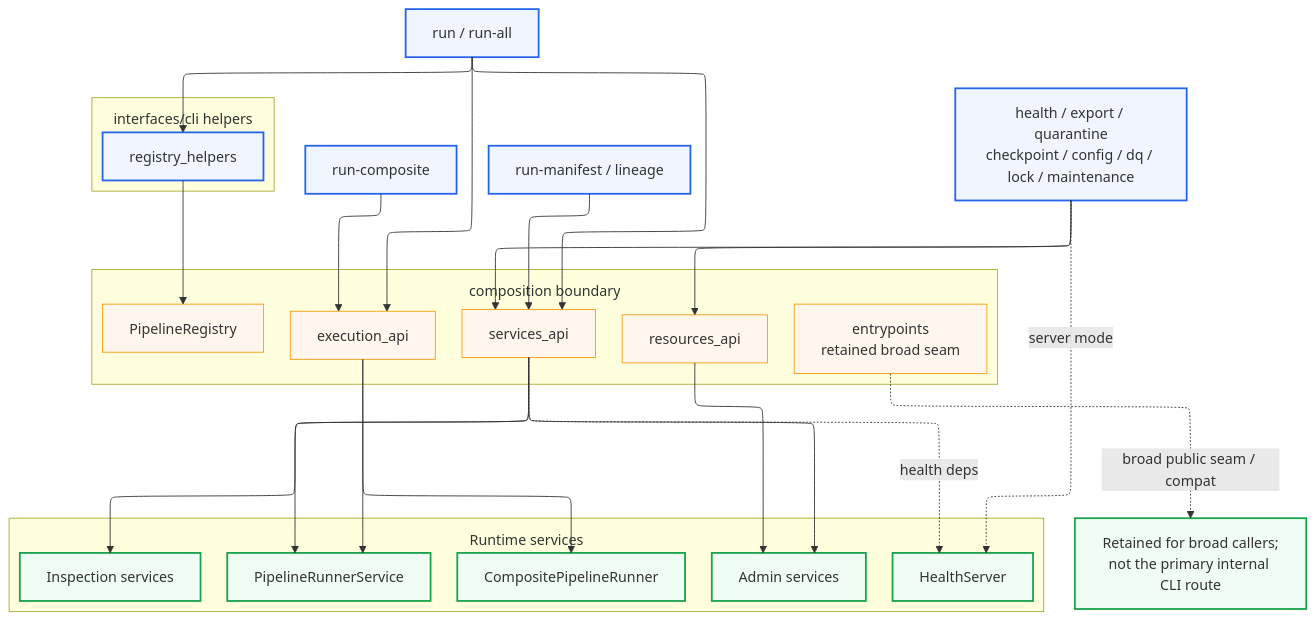
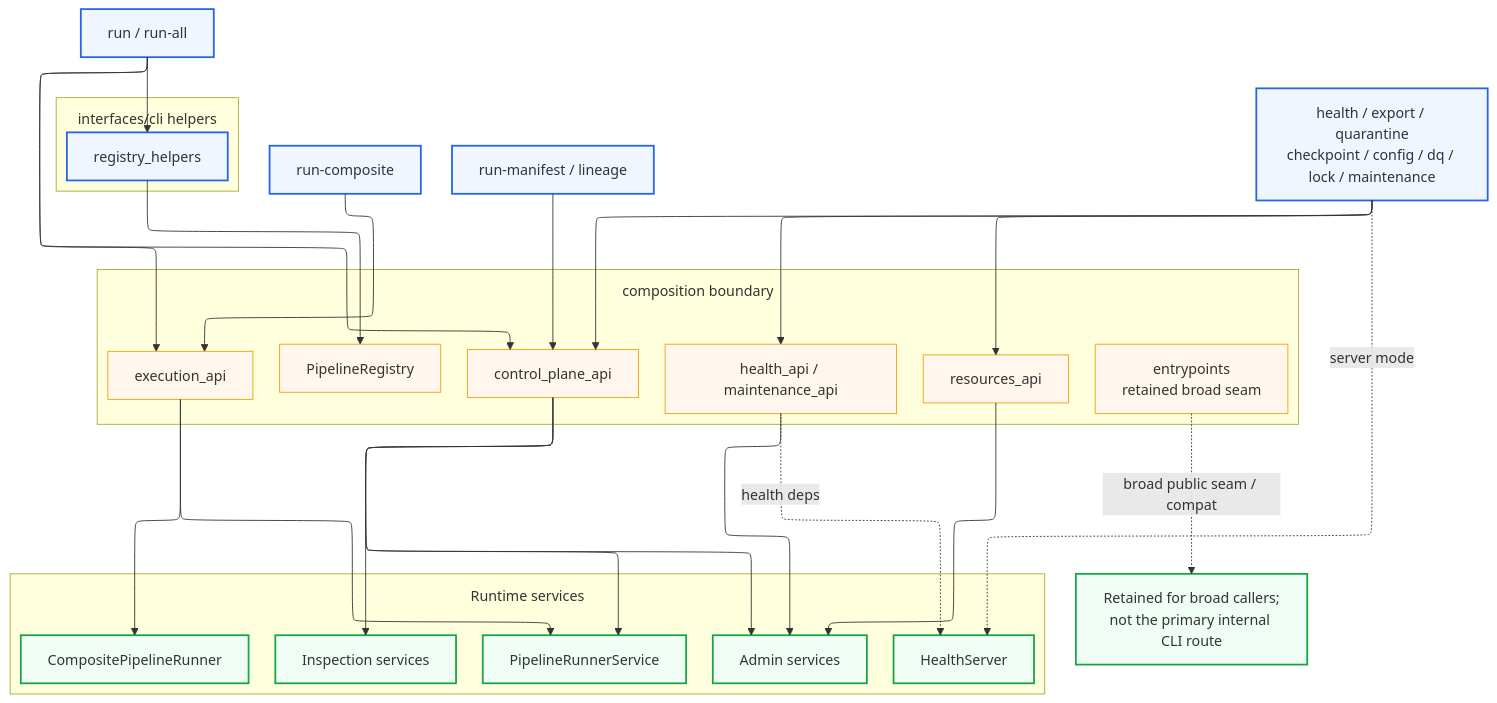
The diagram in docs/02-architecture/diagrams/architecture/14b-cli-routing.mmd (SatoryKono/BioactivityDataAcquisition), drawn with Mermaid before and after one commit. The commit also changed 92 other files, not shown here.

First line of the commit message:
Update architecture docs, diagrams, and governance

```diff
--- a/docs/02-architecture/diagrams/architecture/14b-cli-routing.mmd
+++ b/docs/02-architecture/diagrams/architecture/14b-cli-routing.mmd
@@ -1,65 +1,67 @@
 %% BioETL — CLI: Routing to Composition Boundary
 %% Shows how command families route through registry helpers and narrow composition APIs, while entrypoints remains a retained broad seam.
 
 %% @version 1.3.0
 %% @date    2026-03-28
 %% @type    flowchart
 %% @level   System / Component
 %% @view    cli-routing
 %% @parent  14-cli-interface-layer.mmd
 %% @nodes   15
 %%{init: {
   'flowchart': {
     'subGraphTitleMargin': { 'top': 12, 'bottom': 12 }
   },
   'layout': 'elk',
   'elk': {
     'mergeEdges': true,
     'nodePlacementStrategy': 'BRANDES_KOEPF',
     'edgeRouting': 'ORTHOGONAL'
   }
 }}%%
 graph TB
     RUN["run / run-all"]:::size-sm
     RC["run-composite"]:::size-sm
     INS["run-manifest / lineage"]:::size-sm
     OPS["health / export / quarantine<br/>checkpoint / config / dq / lock / maintenance"]:::size-md
 
     subgraph Interfaces["interfaces/cli helpers"]
         REG["registry_helpers"]:::size-sm
     end
 
     subgraph Composition["composition boundary"]
         EXEC["execution_api"]:::size-sm
-        SVC["services_api"]:::size-sm
+        CTRL["control_plane_api"]:::size-sm
+        HEALTH["health_api / maintenance_api"]:::size-sm
         RES["resources_api"]:::size-sm
         ENTRY["entrypoints<br/>retained broad seam"]:::size-sm
         PIPE["PipelineRegistry"]:::size-sm
     end
 
     subgraph Runtime["Runtime services"]
         PRUN["PipelineRunnerService"]:::size-sm
         CRUN["CompositePipelineRunner"]:::size-sm
         ISVC["Inspection services"]:::size-sm
         ASVC["Admin services"]:::size-sm
         HSRV["HealthServer"]:::size-sm
     end
 
     RUN --> REG --> PIPE
     RUN --> EXEC --> PRUN
-    RUN --> SVC --> PRUN
+    RUN --> CTRL --> PRUN
     RC --> EXEC --> CRUN
-    INS --> SVC --> ISVC
-    OPS --> SVC --> ASVC
+    INS --> CTRL --> ISVC
+    OPS --> CTRL --> ASVC
+    OPS --> HEALTH --> ASVC
     OPS --> RES --> ASVC
     OPS -.->|"server mode"| HSRV
-    SVC -.->|"health deps"| HSRV
+    HEALTH -.->|"health deps"| HSRV
     ENTRY -.->|"broad public seam / compat"| NOTE["Retained for broad callers;<br/>not the primary internal CLI route"]:::size-sm
 
     classDef cli fill:#eff6ff,stroke:#2563eb,stroke-width:2px
     classDef comp fill:#fff7ed,stroke:#f59e0b
     classDef app fill:#f0fdf4,stroke:#16a34a,stroke-width:2px
 
     class RUN,RC,INS,OPS,REG cli
-    class EXEC,SVC,RES,ENTRY,PIPE comp
+    class EXEC,CTRL,HEALTH,RES,ENTRY,PIPE comp
     class PRUN,CRUN,ISVC,ASVC,HSRV,NOTE app
```
